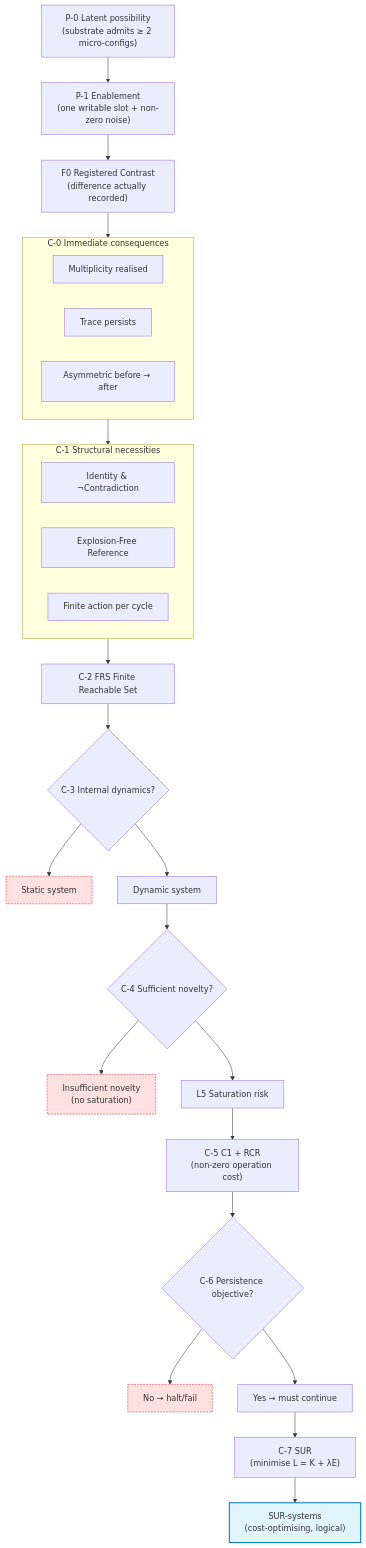
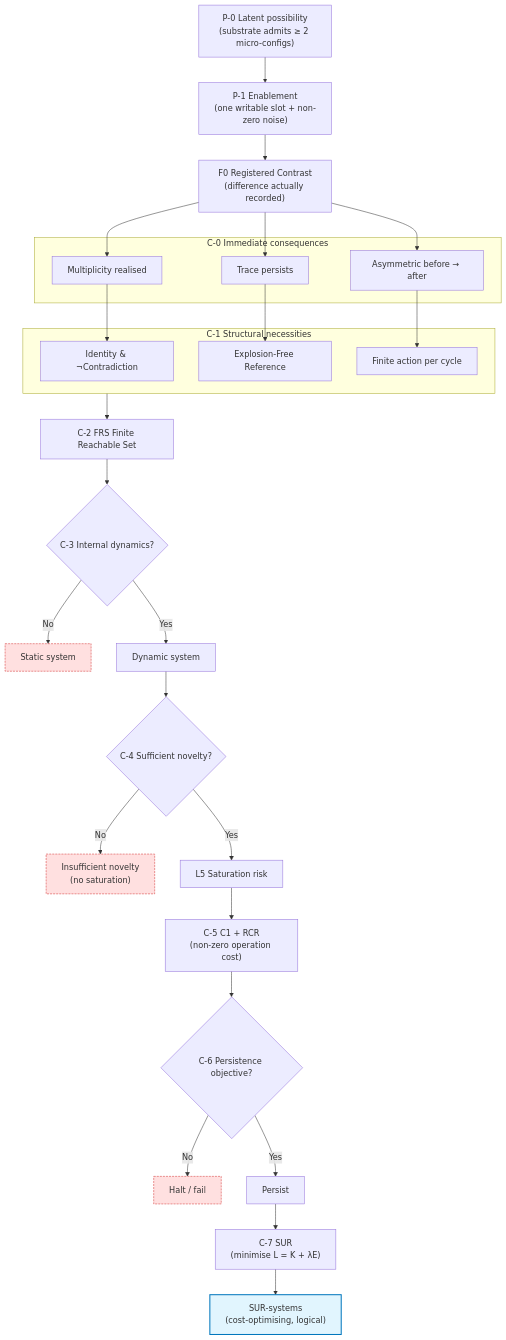
One commit to jconorgrogan/Informational-Constructivism changed the diagram in Flowchart.mmd. Above: the diagram before and after it, drawn with Mermaid.

```diff
--- a/Flowchart.mmd
+++ b/Flowchart.mmd
@@ -1,71 +1,75 @@
 flowchart TD
     %% ───────── PRE-EVENT LAYERS ─────────
     P0["P-0 Latent possibility<br/>(substrate admits ≥ 2 micro-configs)"]
     P1["P-1 Enablement<br/>(one writable slot + non-zero noise)"]
     P0 --> P1
 
     %% ───────── EVENT ─────────
     F0["F0 Registered Contrast<br/>(difference actually recorded)"]
     P1 --> F0
 
     %% ───────── IMMEDIATE CONSEQUENCES ─────────
     subgraph C0["C-0 Immediate consequences"]
         C0_1["Multiplicity realised"]
         C0_2["Trace persists"]
         C0_3["Asymmetric before → after"]
     end
-    F0 --> C0
+    F0 --> C0_1
+    F0 --> C0_2
+    F0 --> C0_3
 
     %% ───────── STRUCTURAL NECESSITIES ─────────
     subgraph C1["C-1 Structural necessities"]
         L1["Identity & ¬Contradiction"]
         EFR["Explosion-Free Reference"]
         FA["Finite action per cycle"]
     end
-    C0 --> C1
+    C0_1 --> L1
+    C0_2 --> EFR
+    C0_3 --> FA
 
     %% ───────── FINITE REACHABLE SET ─────────
     FRS["C-2 FRS Finite Reachable Set"]
     C1 --> FRS
 
     %% ───────── DYNAMICS BRANCH ─────────
     DYN{"C-3 Internal dynamics?"}
     FRS --> DYN
     STAT["Static system"]
     DYNyes["Dynamic system"]
-    DYN --> STAT
-    DYN --> DYNyes
+    DYN -- No --> STAT
+    DYN -- Yes --> DYNyes
 
     %% ───────── NOVELTY BRANCH ─────────
     NOVEL{"C-4 Sufficient novelty?"}
     DYNyes --> NOVEL
     LOWNOV["Insufficient novelty<br/>(no saturation)"]
     SATRISK["L5 Saturation risk"]
-    NOVEL --> LOWNOV
-    NOVEL --> SATRISK
+    NOVEL -- No --> LOWNOV
+    NOVEL -- Yes --> SATRISK
 
     %% ───────── COST NECESSITY ─────────
     COST["C-5 C1 + RCR<br/>(non-zero operation cost)"]
     SATRISK --> COST
 
     %% ───────── PERSISTENCE BRANCH ─────────
     PERS{"C-6 Persistence objective?"}
     COST --> PERS
-    HALT["No → halt/fail"]
-    YESPO["Yes → must continue"]
-    PERS --> HALT
-    PERS --> YESPO
+    HALT["Halt / fail"]
+    YESPO["Persist"]
+    PERS -- No --> HALT
+    PERS -- Yes --> YESPO
 
     %% ───────── SUR OPTIMISATION ─────────
     SUR["C-7 SUR<br/>(minimise L = K + λE)"]
     YESPO --> SUR
 
     %% ───────── FINAL CLASS ─────────
     FINAL["SUR-systems<br/>(cost-optimising, logical)"]
     SUR --> FINAL
 
     %% Styling
     classDef final fill:#e1f5fe,stroke:#0277bd,stroke-width:2px;
+    classDef dead  fill:#ffe0e0,stroke:#d32f2f,stroke-width:1px,stroke-dasharray:4 2;
     class FINAL final
-    classDef dead fill:#ffe0e0,stroke:#d32f2f,stroke-width:1px,stroke-dasharray:4 2;
     class HALT,LOWNOV,STAT dead
```
